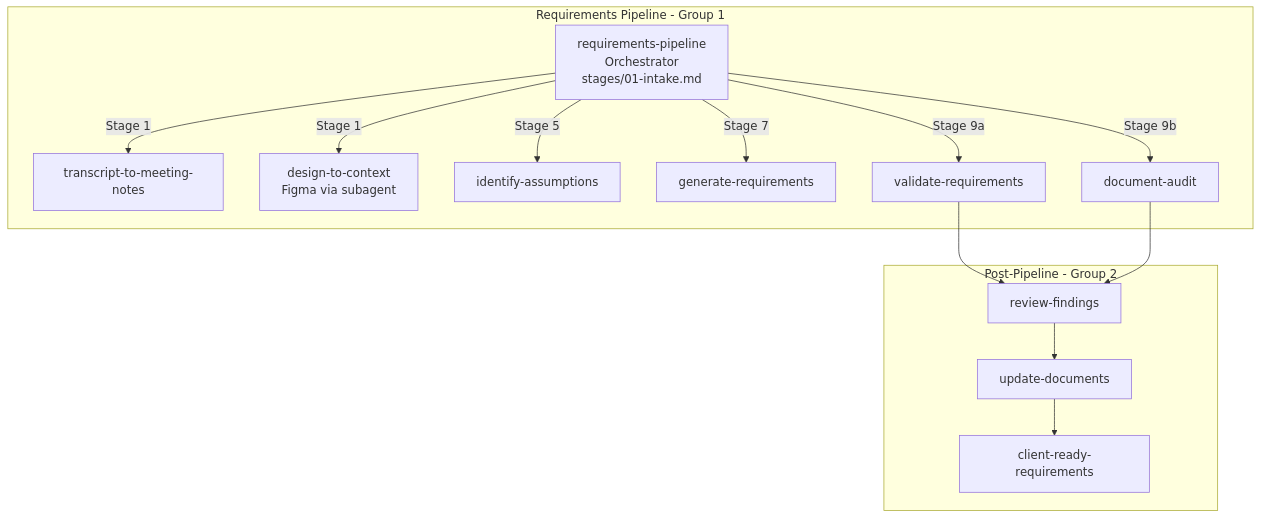
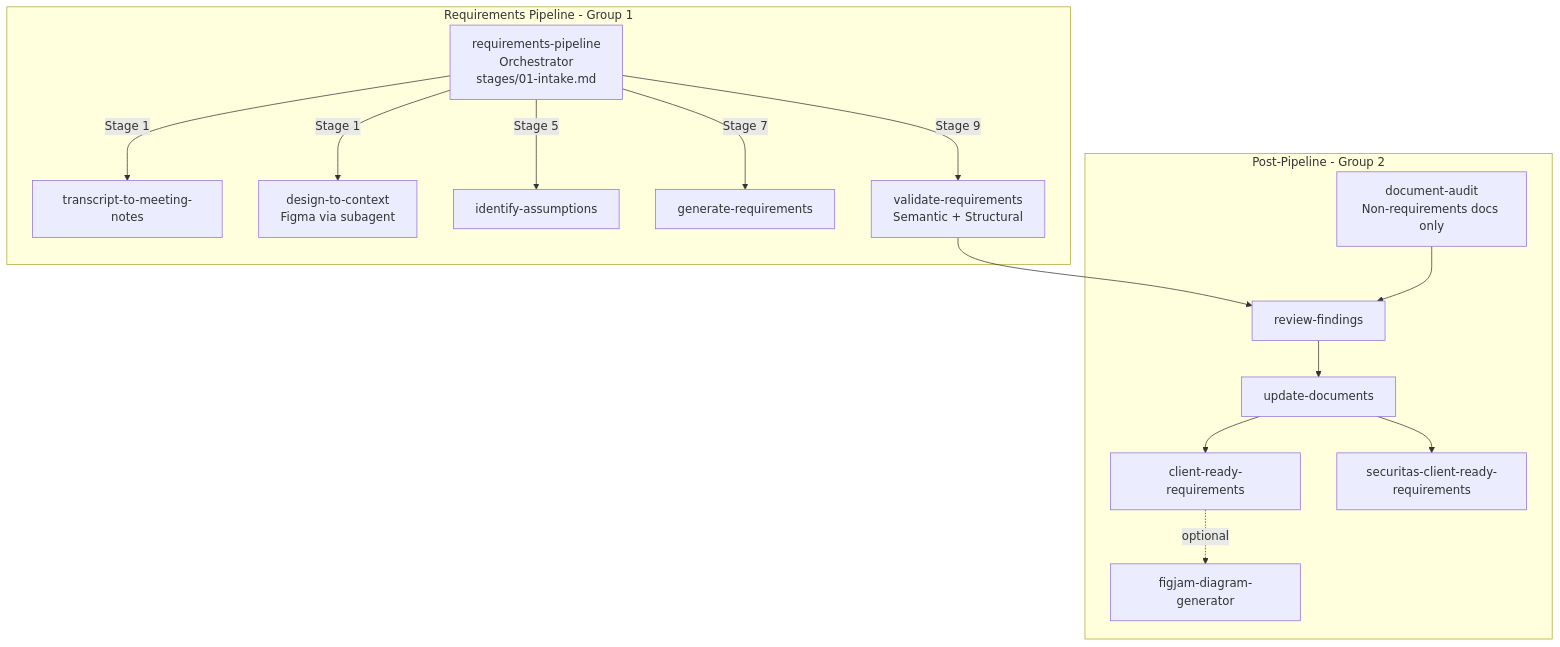
One commit to rushikeshpol02/ai-skills changed the fourth of 4 diagrams in docs/workflow-guide.md. Above: the diagram before and after it, drawn with Mermaid. The commit also changed other lines of this file and 38 other files, not shown here.

````diff
--- a/docs/workflow-guide.md
+++ b/docs/workflow-guide.md
@@ -159,30 +160,33 @@
 ```mermaid
 flowchart TD
     subgraph pipeline [Requirements Pipeline - Group 1]
         GDR[requirements-pipeline\nOrchestrator\nstages/01-intake.md]
         TMN[transcript-to-meeting-notes]
         DTC[design-to-context\nFigma via subagent]
         IA[identify-assumptions]
         GR[generate-requirements]
-        VR[validate-requirements]
-        DA[document-audit]
+        VR[validate-requirements\nSemantic + Structural]
     end
 
     subgraph postpipeline [Post-Pipeline - Group 2]
         RF[review-findings]
         UD[update-documents]
         CRR[client-ready-requirements]
+        FDG[figjam-diagram-generator]
+        SCRR[securitas-client-ready-requirements]
+        DA[document-audit\nNon-requirements docs only]
     end
 
     GDR -->|"Stage 1"| TMN
     GDR -->|"Stage 1"| DTC
     GDR -->|"Stage 5"| IA
     GDR -->|"Stage 7"| GR
-    GDR -->|"Stage 9a"| VR
-    GDR -->|"Stage 9b"| DA
+    GDR -->|"Stage 9"| VR
 
     VR --> RF
     DA --> RF
     RF --> UD
     UD --> CRR
+    UD --> SCRR
+    CRR -.->|"optional"| FDG
 ```
````
